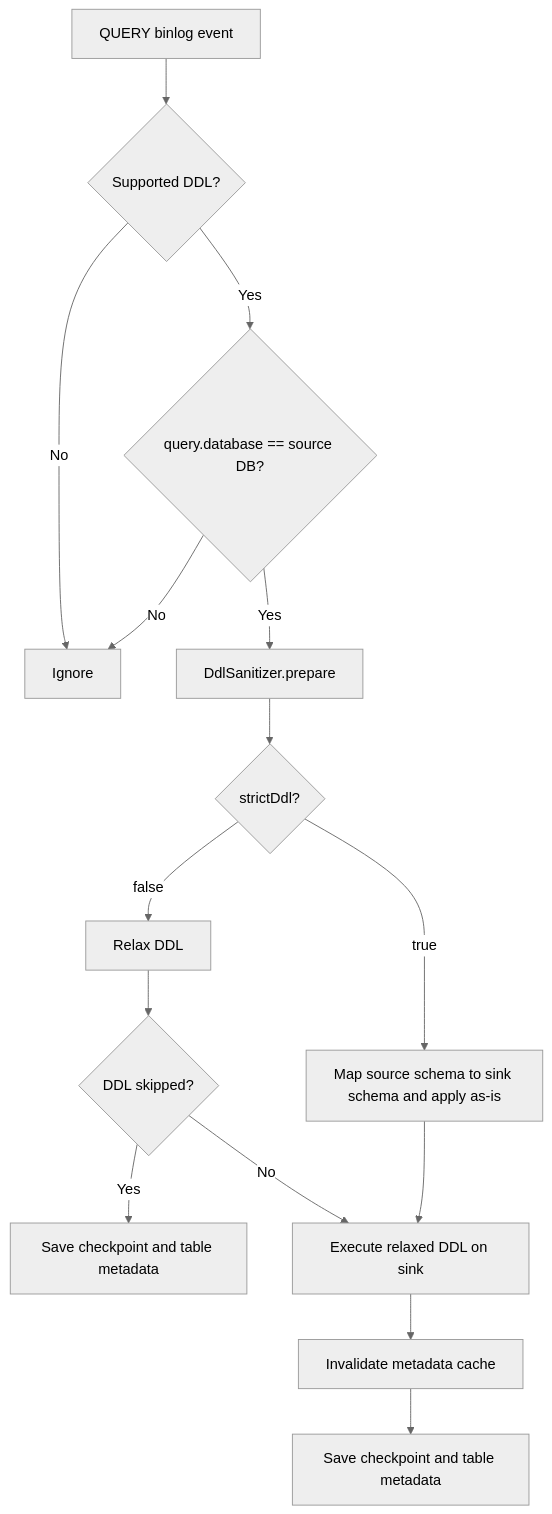
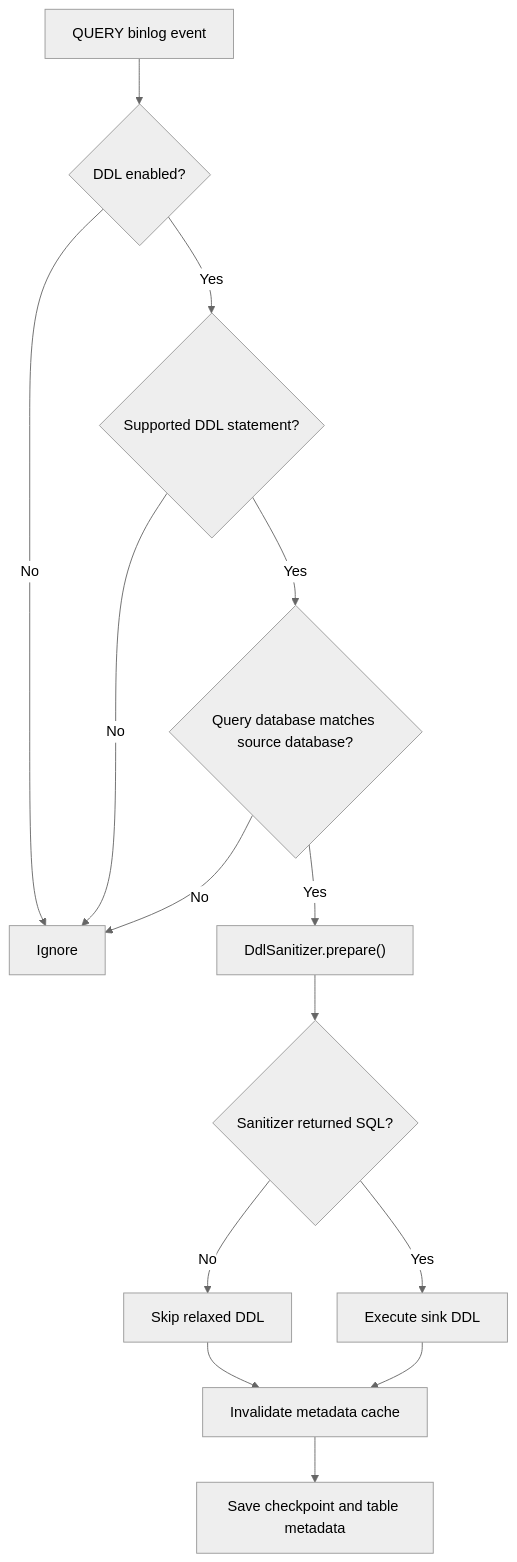
Before and after one commit to phongthinkvitals/thinkvitals-mysql-replicator: the eighth of 12 diagrams in backend/docs/replication-flow.md, drawn with Mermaid (neutral theme). The commit also changed other lines of this file and 9 other files, not shown here.

````diff
--- a/backend/docs/replication-flow.md
+++ b/backend/docs/replication-flow.md
@@ -231,17 +348,16 @@
 ```mermaid
 flowchart TD
-    A[QUERY binlog event] --> B{Supported DDL?}
-    B -- No --> C[Ignore]
-    B -- Yes --> D{query.database == source DB?}
-    D -- No --> C
-    D -- Yes --> E[DdlSanitizer.prepare]
-    E --> F{strictDdl?}
-    F -- true --> G[Map source schema to sink schema and apply as-is]
-    F -- false --> H[Relax DDL]
-    H --> I{DDL skipped?}
-    I -- Yes --> J[Save checkpoint and table metadata]
-    I -- No --> K[Execute relaxed DDL on sink]
-    G --> K
-    K --> L[Invalidate metadata cache]
-    L --> M[Save checkpoint and table metadata]
+    A["QUERY binlog event"] --> B{"DDL enabled?"}
+    B -- "No" --> C["Ignore"]
+    B -- "Yes" --> D{"Supported DDL statement?"}
+    D -- "No" --> C
+    D -- "Yes" --> E{"Query database matches source database?"}
+    E -- "No" --> C
+    E -- "Yes" --> F["DdlSanitizer.prepare()"]
+    F --> G{"Sanitizer returned SQL?"}
+    G -- "No" --> H["Skip relaxed DDL"]
+    H --> I["Invalidate metadata cache"]
+    I --> J["Save checkpoint and table metadata"]
+    G -- "Yes" --> K["Execute sink DDL"]
+    K --> I
 ```
````
